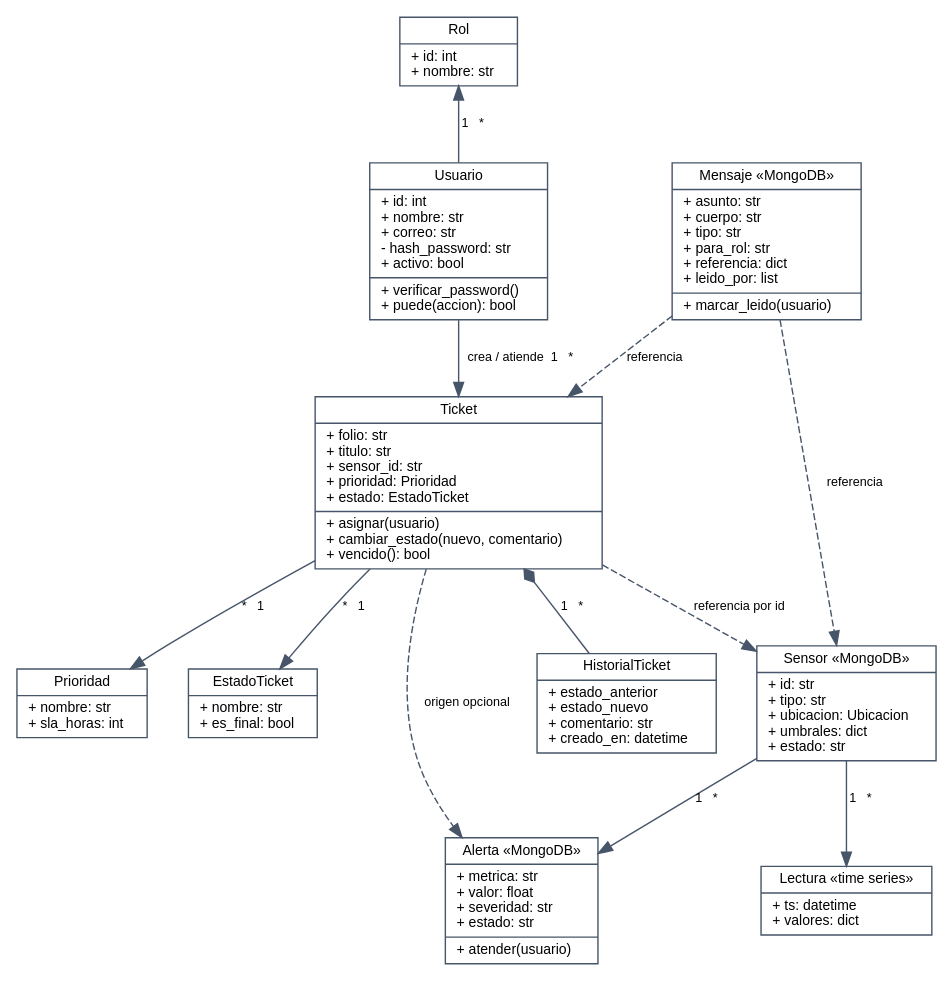
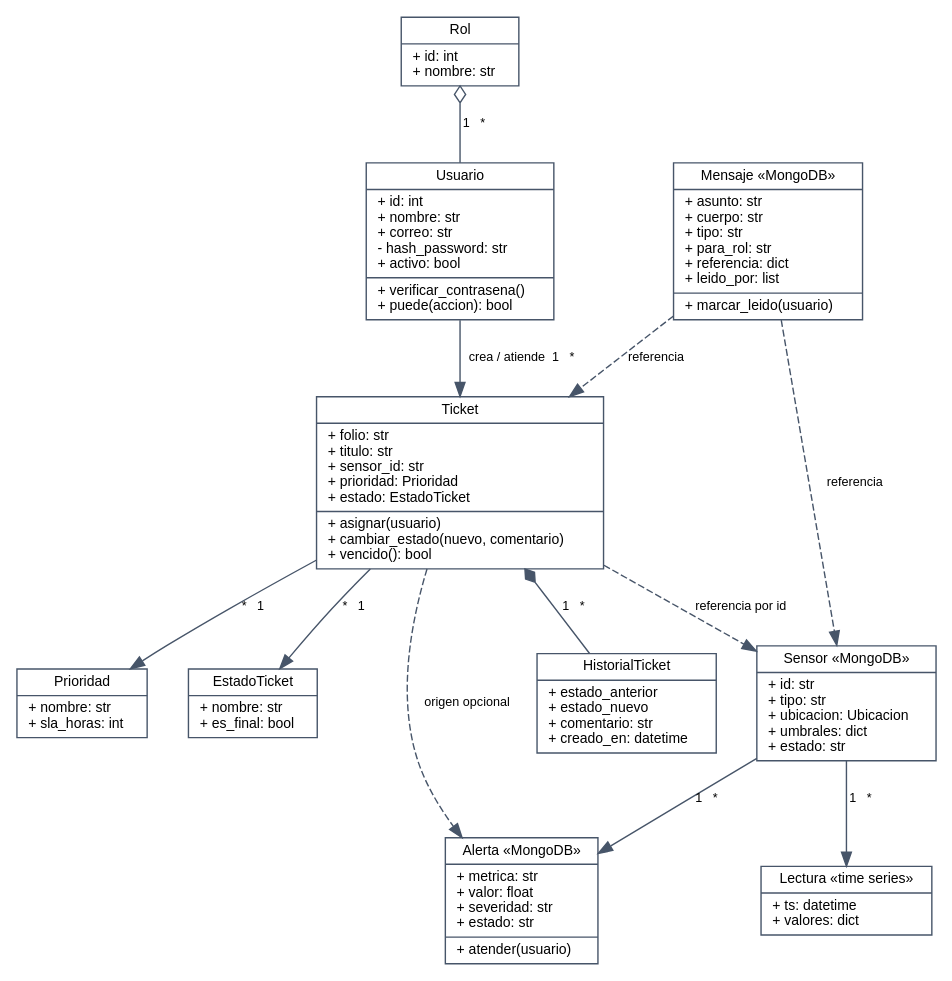
Before and after one commit to JetzLv/MonitoreoSensores: the diagram in docs/diagramas/clases.dot, drawn with Graphviz. The commit also changed 10 other files, not shown here.

Commit message:
Diagramas: casos de uso, actividades y ajustes de despliegue y clases

```diff
--- a/docs/diagramas/clases.dot
+++ b/docs/diagramas/clases.dot
@@ -1,23 +1,23 @@
 digraph C {
 rankdir=TB; bgcolor="white"; fontname="Helvetica"; nodesep=0.4; ranksep=0.6;
 node [shape=record, fontname="Helvetica", fontsize=10, style=filled, fillcolor="#FFFFFF", color="#475569"];
 edge [fontname="Helvetica", fontsize=9, color="#475569"];
 Rol [label="{Rol|+ id: int\l+ nombre: str\l}"];
-Usuario [label="{Usuario|+ id: int\l+ nombre: str\l+ correo: str\l- hash_password: str\l+ activo: bool\l|+ verificar_password()\l+ puede(accion): bool\l}"];
+Usuario [label="{Usuario|+ id: int\l+ nombre: str\l+ correo: str\l- hash_password: str\l+ activo: bool\l|+ verificar_contrasena()\l+ puede(accion): bool\l}"];
 Ticket [label="{Ticket|+ folio: str\l+ titulo: str\l+ sensor_id: str\l+ prioridad: Prioridad\l+ estado: EstadoTicket\l|+ asignar(usuario)\l+ cambiar_estado(nuevo, comentario)\l+ vencido(): bool\l}"];
 Historial [label="{HistorialTicket|+ estado_anterior\l+ estado_nuevo\l+ comentario: str\l+ creado_en: datetime\l}"];
 Prioridad [label="{Prioridad|+ nombre: str\l+ sla_horas: int\l}"];
 Estado [label="{EstadoTicket|+ nombre: str\l+ es_final: bool\l}"];
 Mensaje [label="{Mensaje «MongoDB»|+ asunto: str\l+ cuerpo: str\l+ tipo: str\l+ para_rol: str\l+ referencia: dict\l+ leido_por: list\l|+ marcar_leido(usuario)\l}"];
 Sensor [label="{Sensor «MongoDB»|+ id: str\l+ tipo: str\l+ ubicacion: Ubicacion\l+ umbrales: dict\l+ estado: str\l}"];
 Lectura [label="{Lectura «time series»|+ ts: datetime\l+ valores: dict\l}"];
 Alerta [label="{Alerta «MongoDB»|+ metrica: str\l+ valor: float\l+ severidad: str\l+ estado: str\l|+ atender(usuario)\l}"];
-Rol -> Usuario [arrowhead=odiamond, dir=back, label="1   *"];
+Rol -> Usuario [arrowtail=odiamond, arrowhead=none, dir=back, label="1   *"];
 Usuario -> Ticket [label="crea / atiende  1   *"];
-Ticket -> Historial [arrowhead=diamond, dir=back, arrowtail=diamond, label="1   *"];
+Ticket -> Historial [arrowtail=diamond, arrowhead=none, dir=back, label="1   *"];
 Ticket -> Prioridad [label="*   1"]; Ticket -> Estado [label="*   1"];
 Sensor -> Lectura [label="1   *"]; Sensor -> Alerta [label="1   *"];
 Ticket -> Sensor [style=dashed, label="referencia por id"];
 Ticket -> Alerta [style=dashed, label="origen opcional"];
 Mensaje -> Ticket [style=dashed, label="referencia"]; Mensaje -> Sensor [style=dashed, label="referencia"];
 }
```
